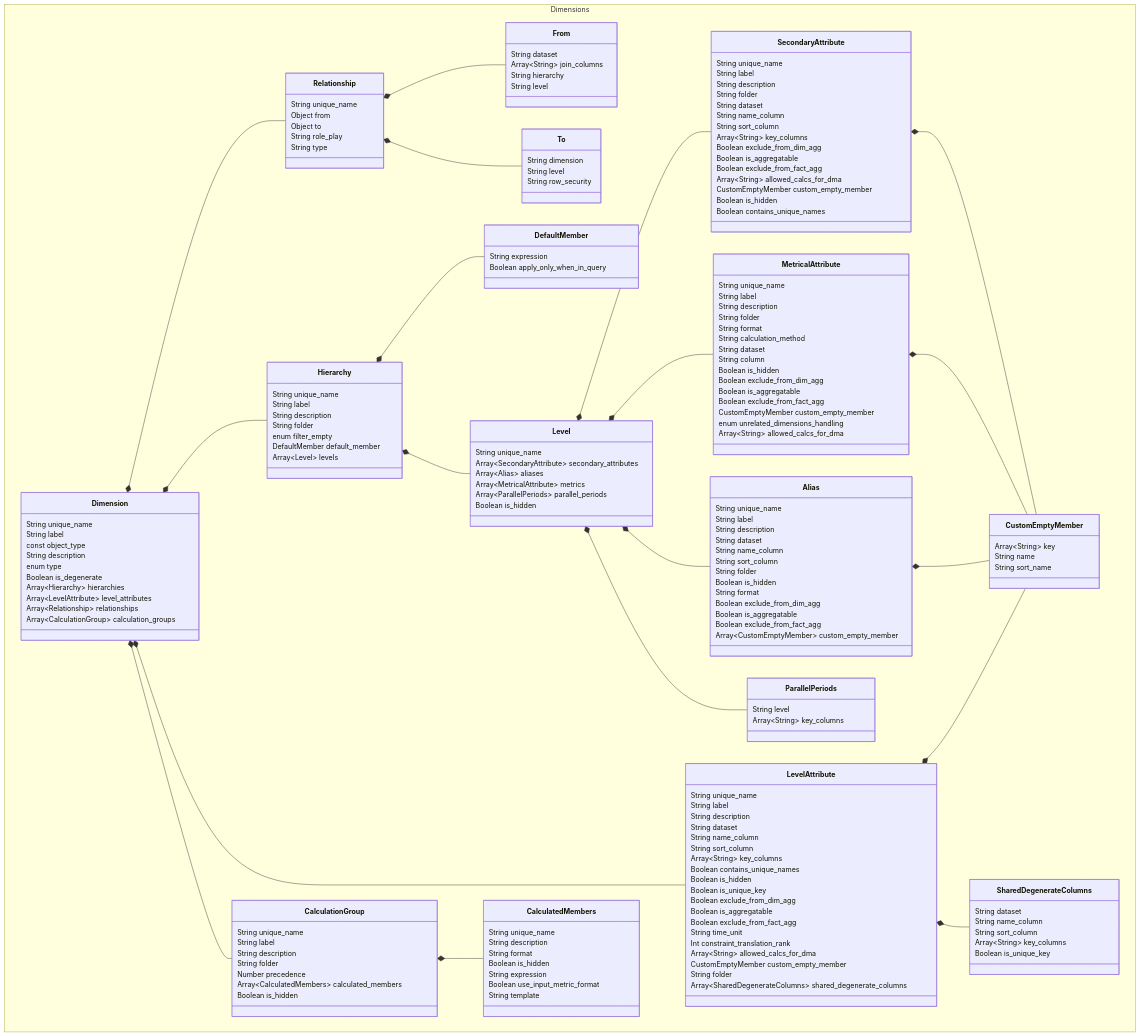
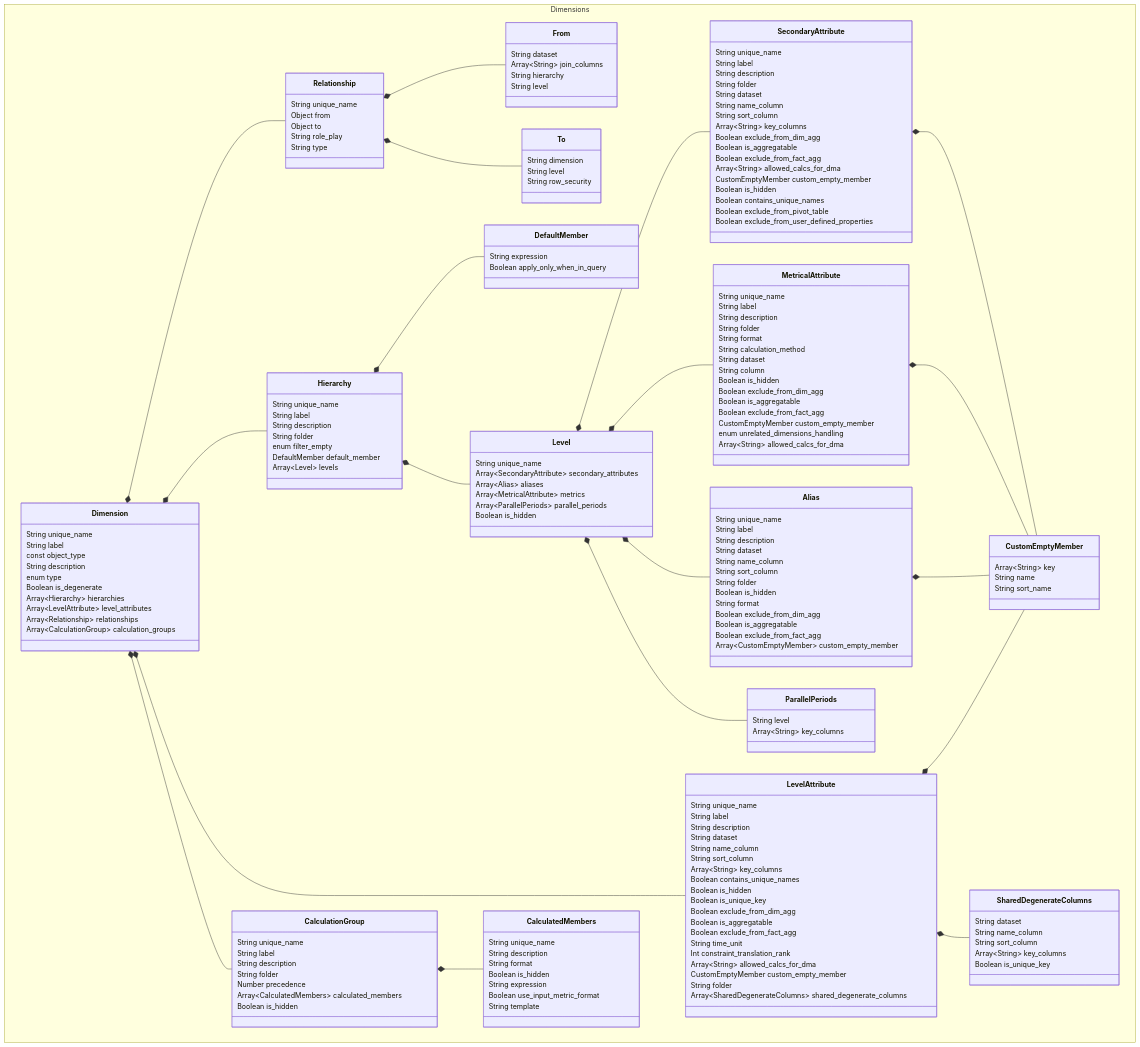
Before and after one commit to semanticdatalayer/SML: the diagram in sml-reference/dimension.md, drawn with Mermaid. The commit also changed other lines of this file, not shown here.

Commit message:
v1.5 ATSCALE-28484 excel pivot definitions

```diff
--- a/sml-reference/dimension.md
+++ b/sml-reference/dimension.md
@@ -165,7 +161,7 @@
     CalculationGroup *-- CalculatedMembers
     SecondaryAttribute *-- CustomEmptyMember
     Alias *-- CustomEmptyMember
-    MetricalAttribute *-- CustomEmptyMember    
+    MetricalAttribute *-- CustomEmptyMember
 namespace Dimensions{
     class Dimension{
       String unique_name
@@ -298,6 +294,8 @@
       CustomEmptyMember custom_empty_member
       Boolean is_hidden
       Boolean contains_unique_names
+      Boolean exclude_from_pivot_table
+      Boolean exclude_from_user_defined_properties
     }
     class CustomEmptyMember{
       Array~String~ key
```
